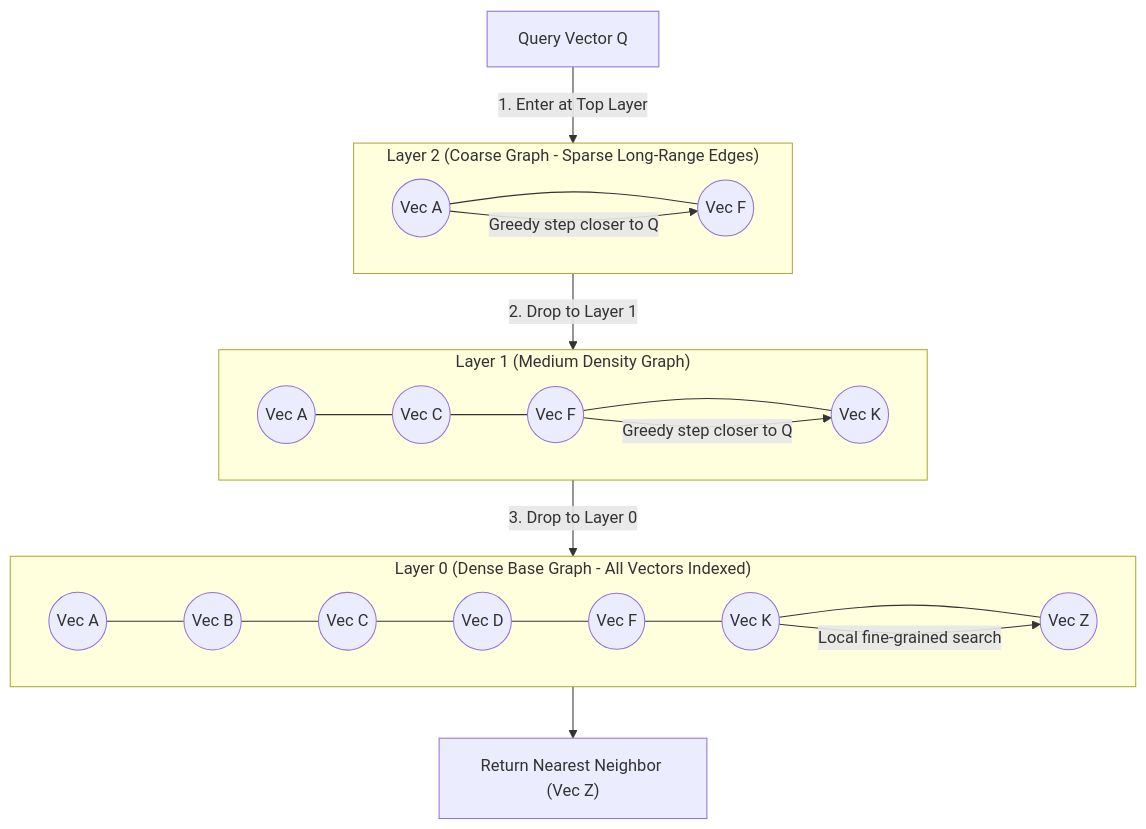
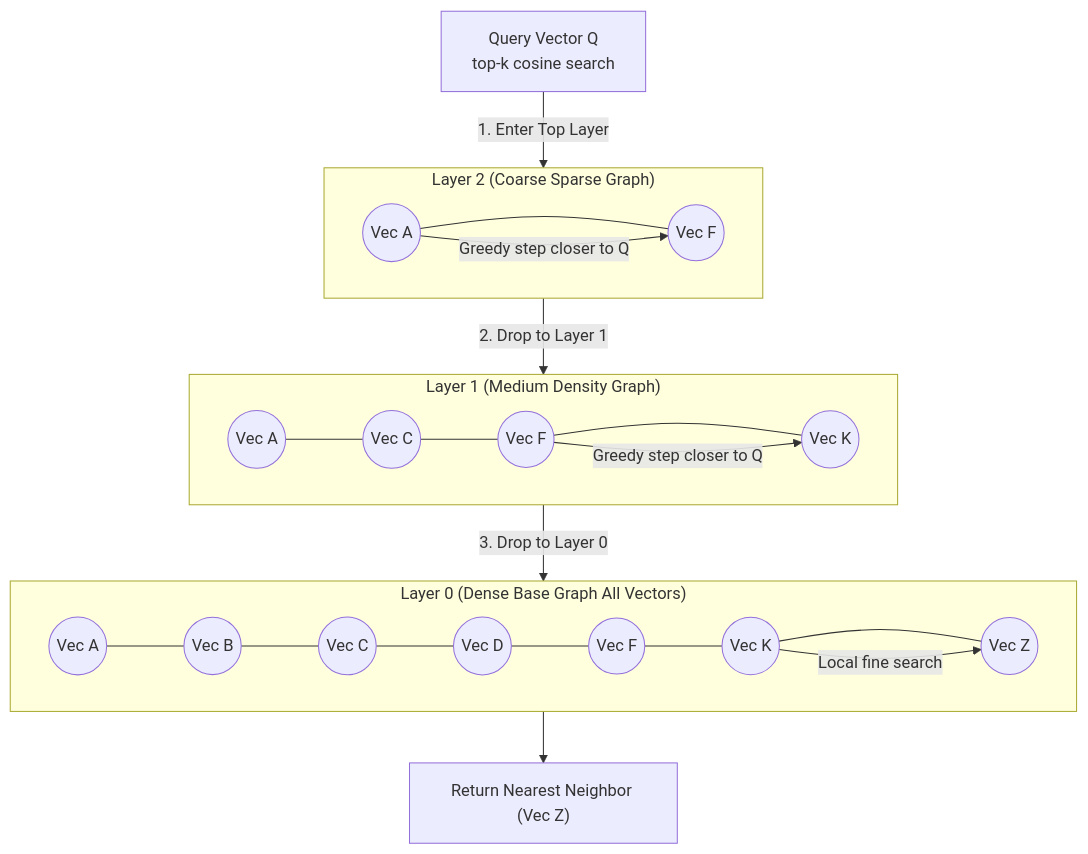
Before and after one commit to 1mimhe/books-summery: diagram 11 of 12 in 01 Designing Data-Intensive Applications/chapter-04-storage-and-retrieval.md, drawn with Mermaid. The commit also changed other lines of this file and 1 other file, not shown here.

Commit message:
docs(book01): forensic rewrite ch04-05 (materialized views, full-text/vectors, XML/OpenAPI/SOAP)

````diff
--- a/01 Designing Data-Intensive Applications/chapter-04-storage-and-retrieval.md
+++ b/01 Designing Data-Intensive Applications/chapter-04-storage-and-retrieval.md
@@ -629,32 +484,29 @@
 ```mermaid
 flowchart TD
-  subgraph L2["Layer 2 (Coarse Graph - Sparse Long-Range Edges)"]
+  subgraph L2["Layer 2 (Coarse Sparse Graph)"]
     direction LR
     N2_1((Vec A)) --- N2_2((Vec F))
   end
-
   subgraph L1["Layer 1 (Medium Density Graph)"]
     direction LR
     N1_1((Vec A)) --- N1_2((Vec C))
     N1_2 --- N1_3((Vec F))
     N1_3 --- N1_4((Vec K))
   end
-
-  subgraph L0["Layer 0 (Dense Base Graph - All Vectors Indexed)"]
+  subgraph L0["Layer 0 (Dense Base Graph All Vectors)"]
     direction LR
     N0_1((Vec A)) --- N0_2((Vec B))
     N0_2 --- N0_3((Vec C))
     N0_3 --- N0_4((Vec D))
     N0_4 --- N0_5((Vec F))
     N0_5 --- N0_6((Vec K))
     N0_6 --- N0_7((Vec Z))
   end
-
-  QUERY["Query Vector Q"] -->|"1. Enter at Top Layer"| N2_1
+  QUERY["Query Vector Q<br/>top-k cosine search"] -->|"1. Enter Top Layer"| N2_1
   N2_1 -->|"Greedy step closer to Q"| N2_2
   N2_2 -->|"2. Drop to Layer 1"| N1_3
   N1_3 -->|"Greedy step closer to Q"| N1_4
   N1_4 -->|"3. Drop to Layer 0"| N0_6
-  N0_6 -->|"Local fine-grained search"| N0_7
+  N0_6 -->|"Local fine search"| N0_7
   N0_7 --> RES["Return Nearest Neighbor (Vec Z)"]
 ```
````
